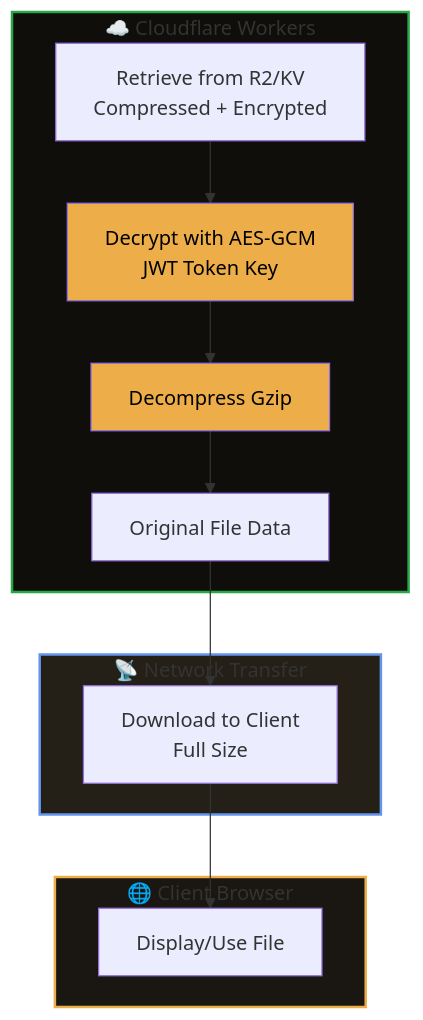
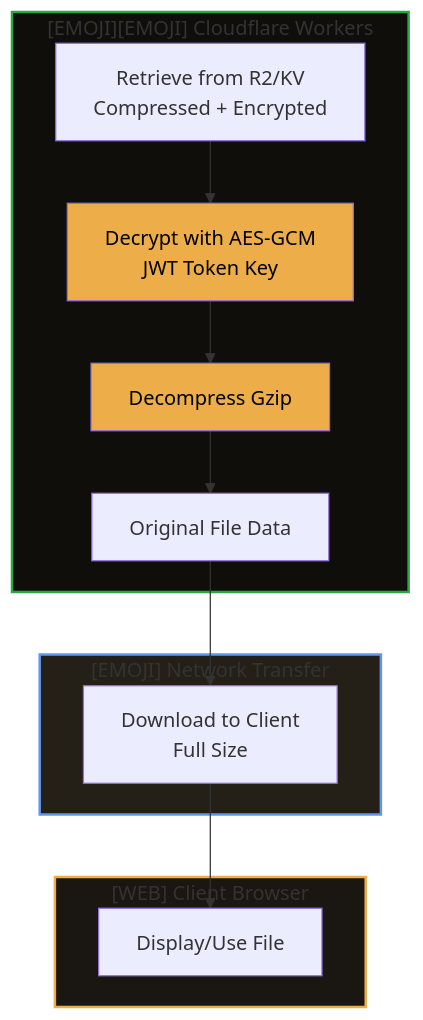
One commit to Underwood-Inc/strixun-stream-suite changed the second of 3 diagrams in serverless/shared/encryption/README.md. Above: the diagram before and after it, drawn with Mermaid. The commit also changed other lines of this file and 488 other files, not shown here.

````diff
--- a/serverless/shared/encryption/README.md
+++ b/serverless/shared/encryption/README.md
@@ -130,22 +130,22 @@
 ```mermaid
 flowchart TB
-    subgraph Server["☁️ Cloudflare Workers"]
+    subgraph Server["[EMOJI][EMOJI] Cloudflare Workers"]
         A[Retrieve from R2/KV<br/>Compressed + Encrypted] --> B[Decrypt with AES-GCM<br/>JWT Token Key]
         B --> C[Decompress Gzip]
         C --> D[Original File Data]
     end
     
-    subgraph Network["📡 Network Transfer"]
+    subgraph Network["[EMOJI] Network Transfer"]
         D --> E[Download to Client<br/>Full Size]
     end
     
-    subgraph Client["🌐 Client Browser"]
+    subgraph Client["[WEB] Client Browser"]
         E --> F[Display/Use File]
     end
     
     style Server fill:#0f0e0b,stroke:#28a745,stroke-width:2px
     style Network fill:#252017,stroke:#6495ed,stroke-width:2px
     style Client fill:#1a1611,stroke:#edae49,stroke-width:2px
     style B fill:#edae49,color:#000
     style C fill:#edae49,color:#000
 ```
````
